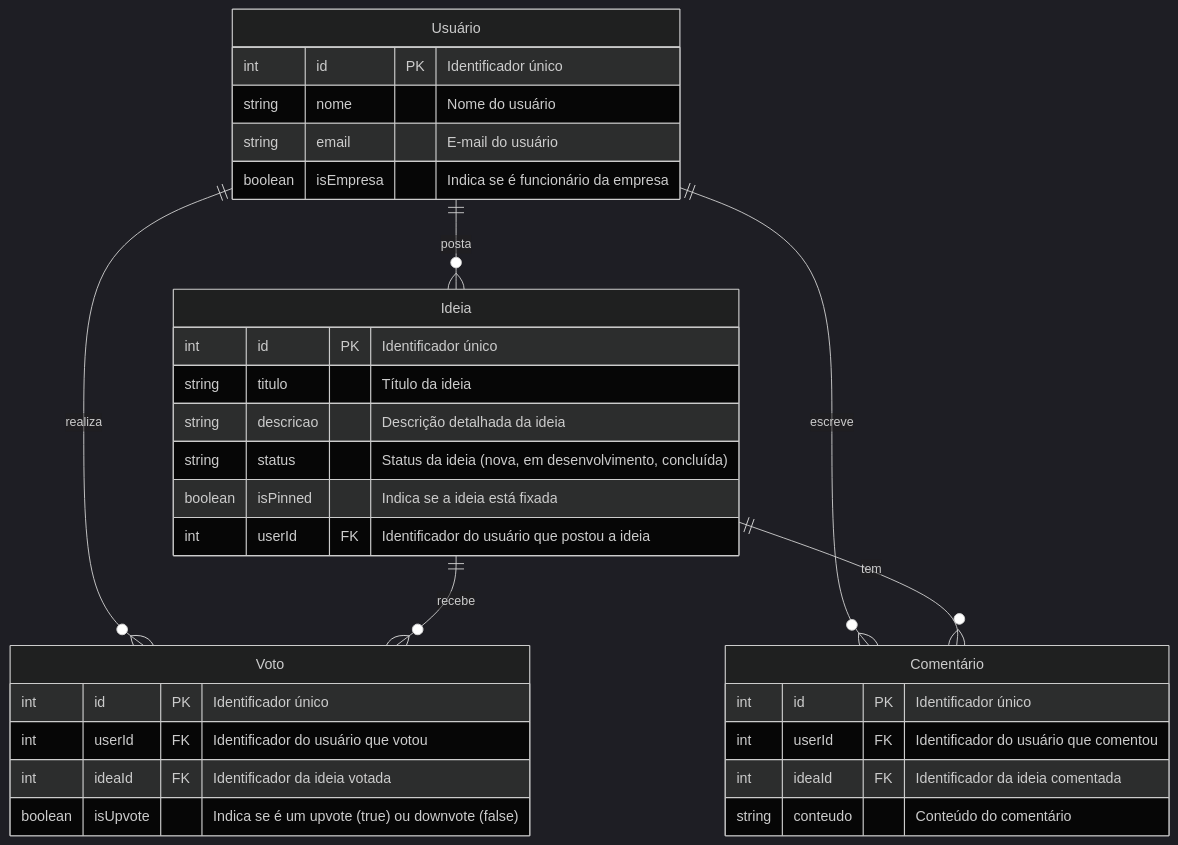
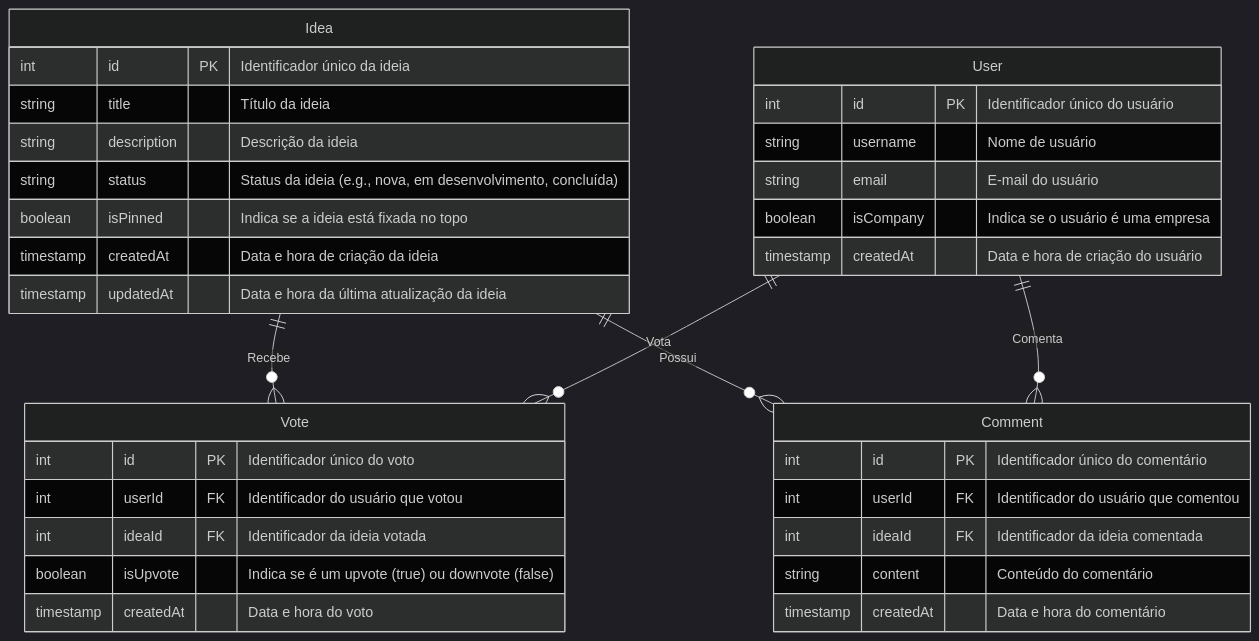
Before and after one commit to SpotifaiI/epicfy-concept: the second of 2 diagrams in README.md, drawn with Mermaid.

Commit message:
fix: diagrama do banco de dados

````diff
--- a/README.md
+++ b/README.md
@@ -100,40 +100,43 @@
 ``` mermaid
 %%{init: {'theme': 'dark'}}%%
 erDiagram
-    Usuário {
-        int id PK "Identificador único"
-        string nome "Nome do usuário"
-        string email "E-mail do usuário"
-        boolean isEmpresa "Indica se é funcionário da empresa"
+    Idea {
+        int id PK "Identificador único da ideia"
+        string title "Título da ideia"
+        string description "Descrição da ideia"
+        string status "Status da ideia (e.g., nova, em desenvolvimento, concluída)"
+        boolean isPinned "Indica se a ideia está fixada no topo"
+        timestamp createdAt "Data e hora de criação da ideia"
+        timestamp updatedAt "Data e hora da última atualização da ideia"
     }
 
-    Ideia {
-        int id PK "Identificador único"
-        string titulo "Título da ideia"
-        string descricao "Descrição detalhada da ideia"
-        string status "Status da ideia (nova, em desenvolvimento, concluída)"
-        boolean isPinned "Indica se a ideia está fixada"
-        int userId FK "Identificador do usuário que postou a ideia"
+    User {
+        int id PK "Identificador único do usuário"
+        string username "Nome de usuário"
+        string email "E-mail do usuário"
+        boolean isCompany "Indica se o usuário é uma empresa"
+        timestamp createdAt "Data e hora de criação do usuário"
     }
 
-    Voto {
-        int id PK "Identificador único"
+    Vote {
+        int id PK "Identificador único do voto"
         int userId FK "Identificador do usuário que votou"
         int ideaId FK "Identificador da ideia votada"
         boolean isUpvote "Indica se é um upvote (true) ou downvote (false)"
+        timestamp createdAt "Data e hora do voto"
     }
 
-    Comentário {
-        int id PK "Identificador único"
+    Comment {
+        int id PK "Identificador único do comentário"
         int userId FK "Identificador do usuário que comentou"
         int ideaId FK "Identificador da ideia comentada"
-        string conteudo "Conteúdo do comentário"
+        string content "Conteúdo do comentário"
+        timestamp createdAt "Data e hora do comentário"
     }
 
-    %% Relações
-    Usuário ||--o{ Ideia : posta
-    Usuário ||--o{ Voto : realiza
-    Usuário ||--o{ Comentário : escreve
-    Ideia ||--o{ Voto : recebe
-    Ideia ||--o{ Comentário : tem
+    %% Relationships
+    Idea ||--o{ Vote : "Recebe"
+    Idea ||--o{ Comment : "Possui"
+    User ||--o{ Vote : "Vota"
+    User ||--o{ Comment : "Comenta"
 ```
````
